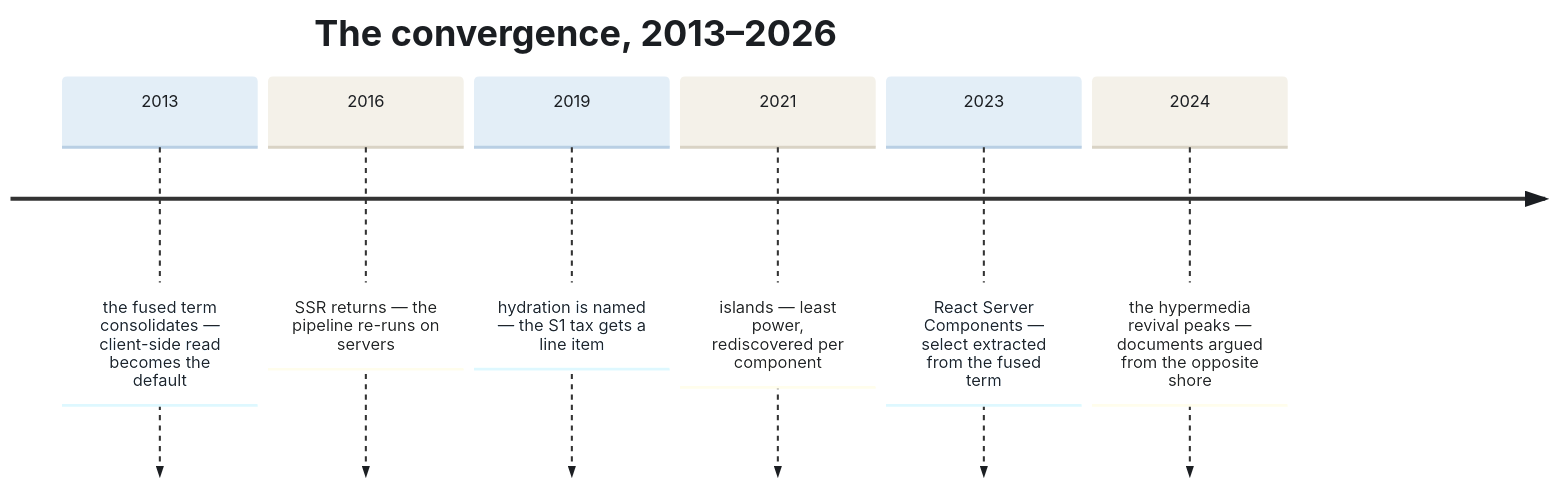
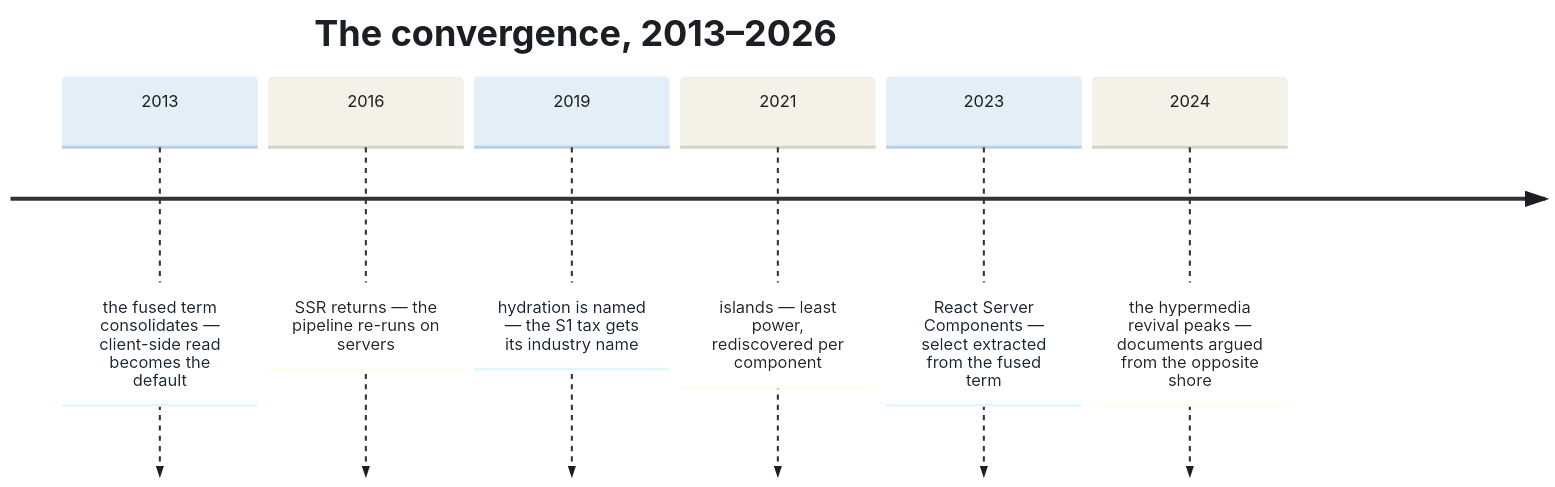
The seventh of 7 diagrams in first-principles-of-the-web.md (AtomGraph/First-Principles-of-the-Web), drawn with Mermaid before and after one commit. The commit also changed other lines of this file, not shown here.

````diff
--- a/first-principles-of-the-web.md
+++ b/first-principles-of-the-web.md
@@ -785,12 +785,12 @@
 ```mermaid
 %%| column: page-right
 %%{init: {'theme':'base','themeVariables':{'fontFamily':'-apple-system, BlinkMacSystemFont, Segoe UI, Roboto, Helvetica Neue, Arial, sans-serif','textColor':'#1b1e22','lineColor':'#5a6270','cScale0':'#e3eef7','cScale1':'#f4f1e9','cScale2':'#e3eef7','cScale3':'#f4f1e9','cScale4':'#e3eef7','cScale5':'#f4f1e9','cScaleLabel0':'#1b1e22','cScaleLabel1':'#1b1e22','cScaleLabel2':'#1b1e22','cScaleLabel3':'#1b1e22','cScaleLabel4':'#1b1e22','cScaleLabel5':'#1b1e22','cScaleInv0':'#b9cfe4','cScaleInv1':'#d9d3c5','cScaleInv2':'#b9cfe4','cScaleInv3':'#d9d3c5','cScaleInv4':'#b9cfe4','cScaleInv5':'#d9d3c5'}}}%%
 timeline
     title The convergence, 2013–2026
     2013 : the fused term consolidates — client-side read becomes the default
     2016 : SSR returns — the pipeline re-runs on servers
-    2019 : hydration is named — the S1 tax gets a line item
+    2019 : hydration is named — the S1 tax gets its industry name
     2021 : islands — least power, rediscovered per component
     2023 : React Server Components — select extracted from the fused term
     2024 : the hypermedia revival peaks — documents argued from the opposite shore
 ```
````
